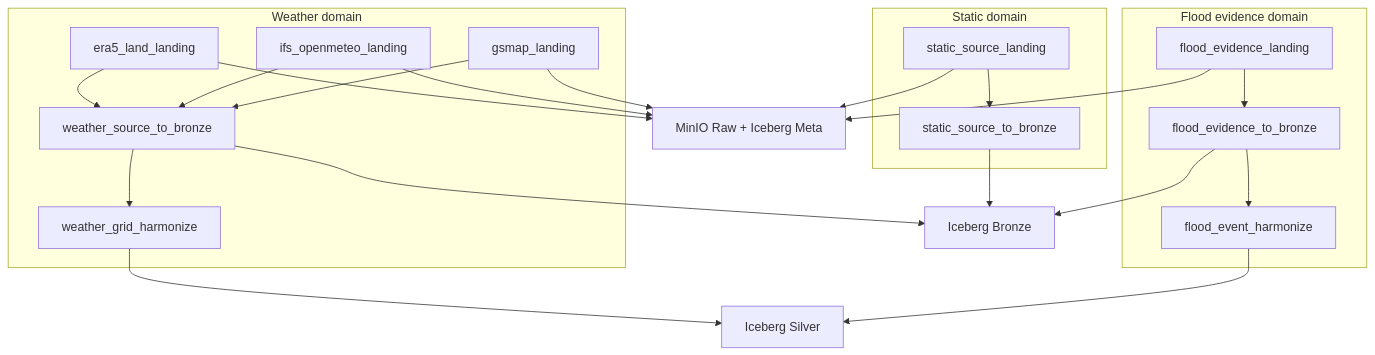
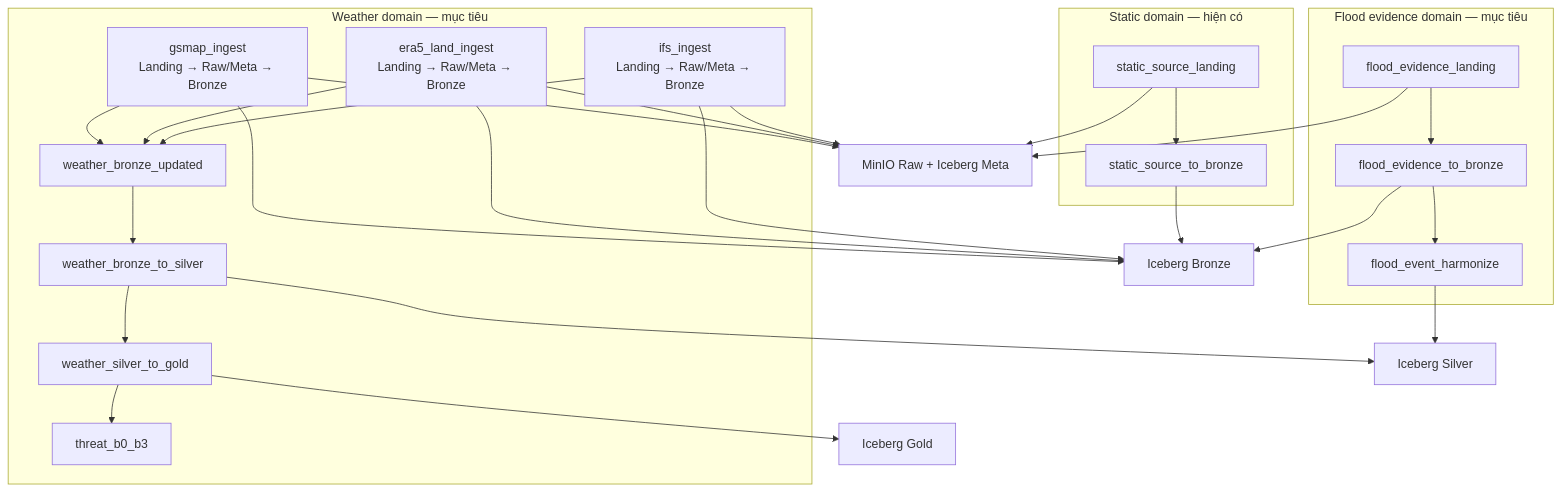
One commit to cloud-vmih/flood-lake-kg changed the fourth of 5 diagrams in docs/pipeline_architecture_and_roadmap.md. Above: the diagram before and after it, drawn with Mermaid. The commit also changed other lines of this file and 26 other files, not shown here.

Commit message:
tach flood_event khoi dag, cap nhat AOI theo lv12

````diff
--- a/docs/pipeline_architecture_and_roadmap.md
+++ b/docs/pipeline_architecture_and_roadmap.md
@@ -287,33 +286,38 @@
 ```mermaid
 flowchart TD
-  subgraph Static["Static domain"]
+  subgraph Static["Static domain — hiện có"]
     SL["static_source_landing"] --> SB["static_source_to_bronze"]
   end
 
-  subgraph Event["Flood evidence domain"]
+  subgraph Event["Flood evidence domain — mục tiêu"]
     FL["flood_evidence_landing"] --> FB["flood_evidence_to_bronze"]
     FB --> FH["flood_event_harmonize"]
   end
 
-  subgraph Weather["Weather domain"]
-    GL["gsmap_landing"]
-    IL["ifs_openmeteo_landing"]
-    EL["era5_land_landing"]
-    GL --> WB["weather_source_to_bronze"]
-    IL --> WB
-    EL --> WB
-    WB --> WH["weather_grid_harmonize"]
+  subgraph Weather["Weather domain — mục tiêu"]
+    GI["gsmap_ingest<br/>Landing → Raw/Meta → Bronze"]
+    EI["era5_land_ingest<br/>Landing → Raw/Meta → Bronze"]
+    II["ifs_ingest<br/>Landing → Raw/Meta → Bronze"]
+    GI --> ASSET["weather_bronze_updated"]
+    EI --> ASSET
+    II --> ASSET
+    ASSET --> WS["weather_bronze_to_silver"]
+    WS --> WG["weather_silver_to_gold"]
+    WG --> TH["threat_b0_b3"]
   end
 
   SL --> RAW["MinIO Raw + Iceberg Meta"]
   FL --> RAW
-  GL --> RAW
-  IL --> RAW
-  EL --> RAW
+  GI --> RAW
+  EI --> RAW
+  II --> RAW
 
   SB --> BR["Iceberg Bronze"]
   FB --> BR
-  WB --> BR
+  GI --> BR
+  EI --> BR
+  II --> BR
   FH --> SI["Iceberg Silver"]
-  WH --> SI
+  WS --> SI
+  WG --> GO["Iceberg Gold"]
 ```
````
